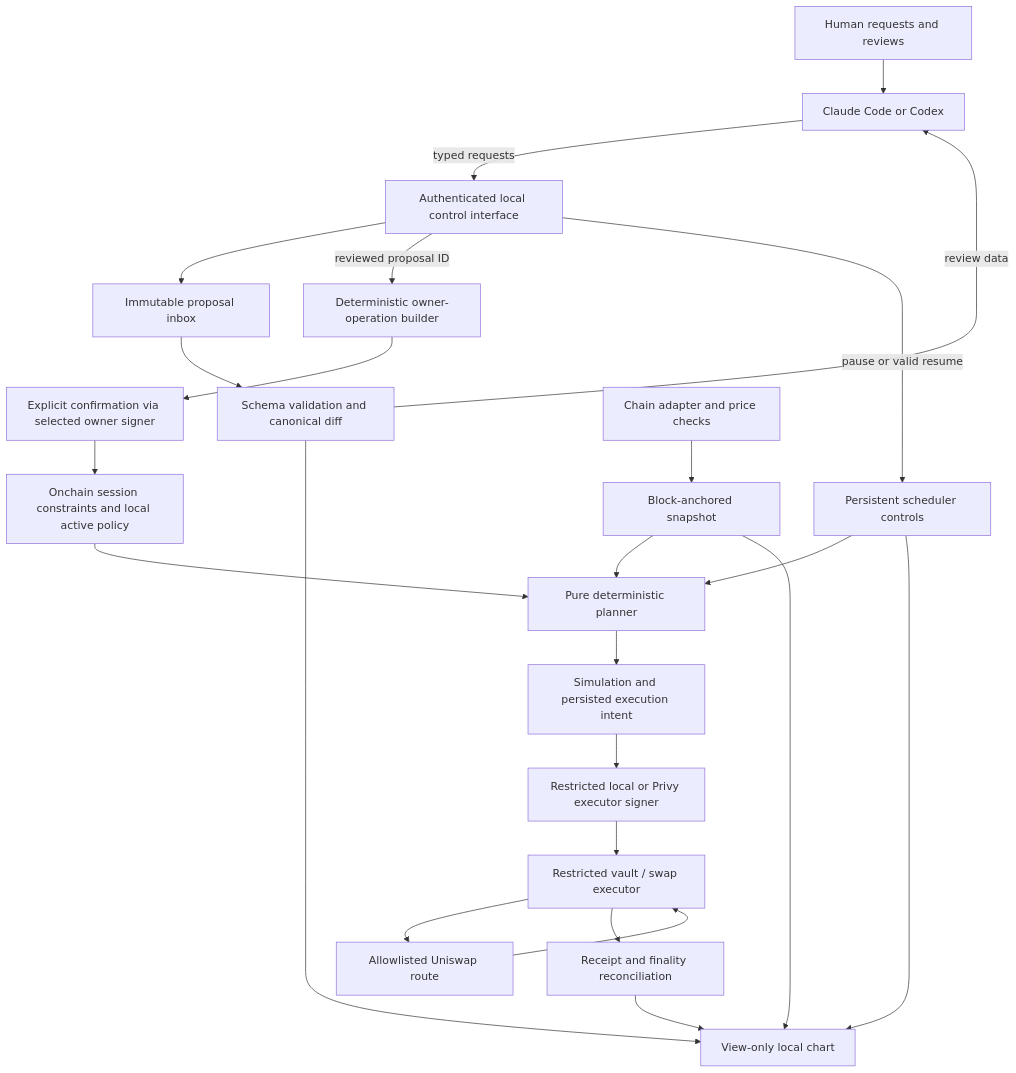
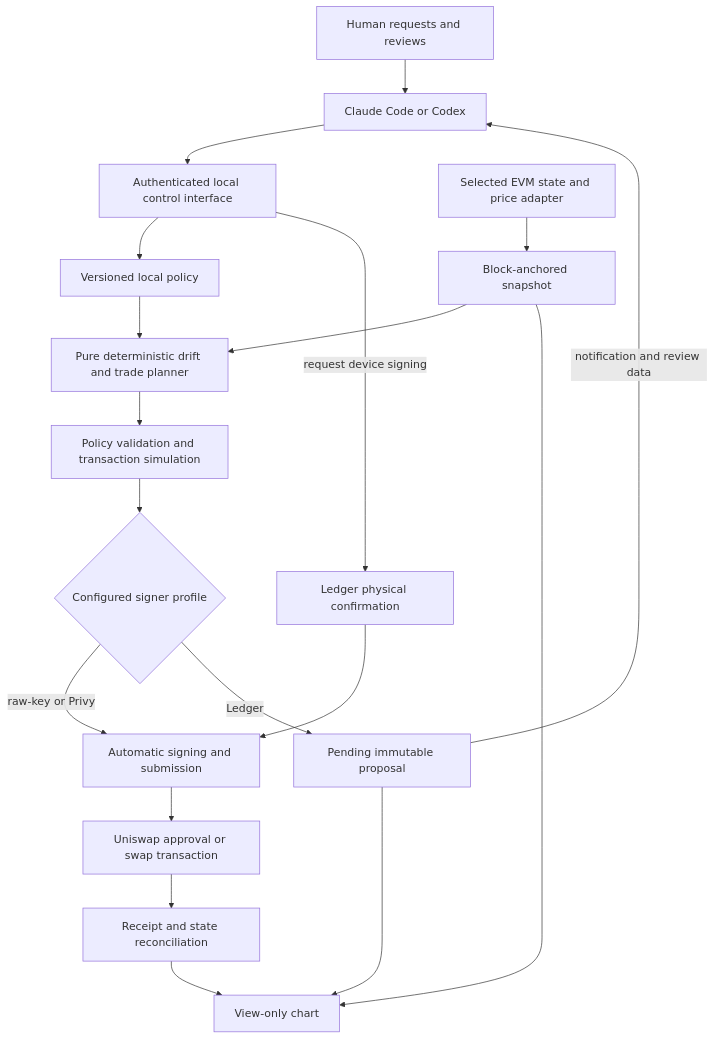
Before and after one commit to A1igator/rebalance: the diagram in PLAN.md, drawn with Mermaid. The commit also changed other lines of this file and 11 other files, not shown here.

Commit message:
Plan automatic software signers and Ledger Agent Stack reuse

````diff
--- a/PLAN.md
+++ b/PLAN.md
@@ -51,26 +46,21 @@
 ```mermaid
 flowchart TD
   H[Human requests and reviews] --> AI[Claude Code or Codex]
-  AI -->|typed requests| I[Authenticated local control interface]
-  I --> P[Immutable proposal inbox]
-  P --> V[Schema validation and canonical diff]
-  V -->|review data| AI
-  I -->|reviewed proposal ID| B[Deterministic owner-operation builder]
-  B --> O[Explicit confirmation via selected owner signer]
-  O --> A[Onchain session constraints and local active policy]
-  I -->|pause or valid resume| D[Persistent scheduler controls]
-  D --> E[Pure deterministic planner]
-  N[Chain adapter and price checks] --> S[Block-anchored snapshot]
+  AI --> I[Authenticated local control interface]
+  I --> P[Versioned local policy]
+  N[Selected EVM state and price adapter] --> S[Block-anchored snapshot]
+  P --> E[Pure deterministic drift and trade planner]
   S --> E
-  A --> E
-  E --> Q[Simulation and persisted execution intent]
-  Q --> K[Restricted local or Privy executor signer]
-  K --> C[Restricted vault / swap executor]
-  C --> U[Allowlisted Uniswap route]
-  U --> C
-  C --> R[Receipt and finality reconciliation]
-  S --> UI[View-only local chart]
-  V --> UI
+  E --> V[Policy validation and transaction simulation]
+  V --> M{Configured signer profile}
+  M -->|raw-key or Privy| K[Automatic signing and submission]
+  M -->|Ledger| Q[Pending immutable proposal]
+  Q -->|notification and review data| AI
+  I -->|request device signing| L[Ledger physical confirmation]
+  L --> K
+  K --> U[Uniswap approval or swap transaction]
+  U --> R[Receipt and state reconciliation]
+  S --> UI[View-only chart]
+  Q --> UI
   R --> UI
-  D --> UI
 ```
````
